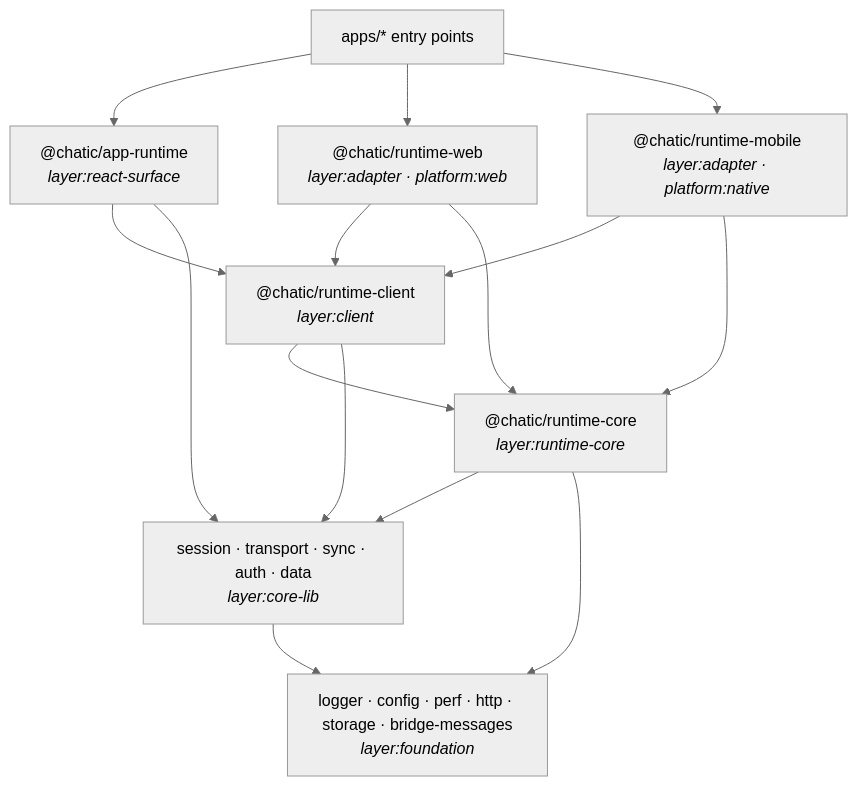
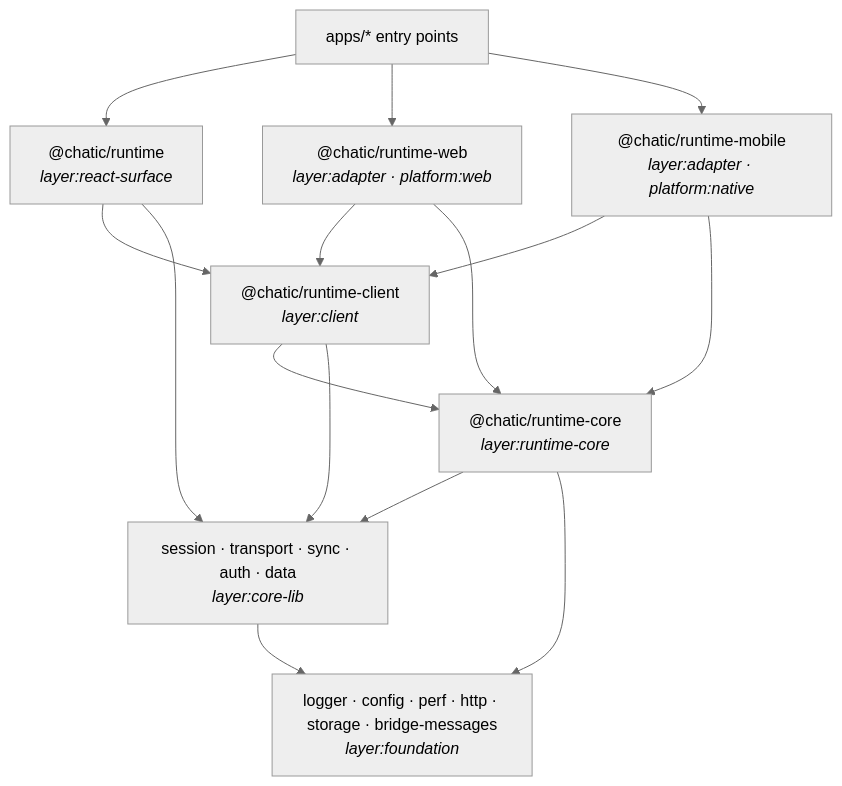
One commit to lemoncloud-io/dou-app changed the diagram in libs/runtime-core/README.md. Above: the diagram before and after it, drawn with Mermaid (neutral theme). The commit also changed other lines of this file and 357 other files, not shown here.

First line of the commit message:
refactor(runtime,runtime-client,runtime-web,host): rename app-runtime to runtime, the facade

````diff
--- a/libs/runtime-core/README.md
+++ b/libs/runtime-core/README.md
@@ -130,26 +130,26 @@
 ```mermaid
 flowchart TD
     Apps["apps/* entry points"]
-    Surface["@chatic/app-runtime<br/><i>layer:react-surface</i>"]
+    Surface["@chatic/runtime<br/><i>layer:react-surface</i>"]
     Client["@chatic/runtime-client<br/><i>layer:client</i>"]
     Web["@chatic/runtime-web<br/><i>layer:adapter · platform:web</i>"]
     Native["@chatic/runtime-mobile<br/><i>layer:adapter · platform:native</i>"]
     Core["@chatic/runtime-core<br/><i>layer:runtime-core</i>"]
     Libs["session · transport · sync · auth · data<br/><i>layer:core-lib</i>"]
     Found["logger · config · perf · http · storage · bridge-messages<br/><i>layer:foundation</i>"]
 
     Apps --> Surface
     Apps --> Web
     Apps --> Native
     Surface --> Client
     Surface --> Libs
     Web --> Client
     Native --> Client
     Client --> Core
     Client --> Libs
     Web --> Core
     Native --> Core
     Core --> Libs
     Core --> Found
     Libs --> Found
 ```
````
